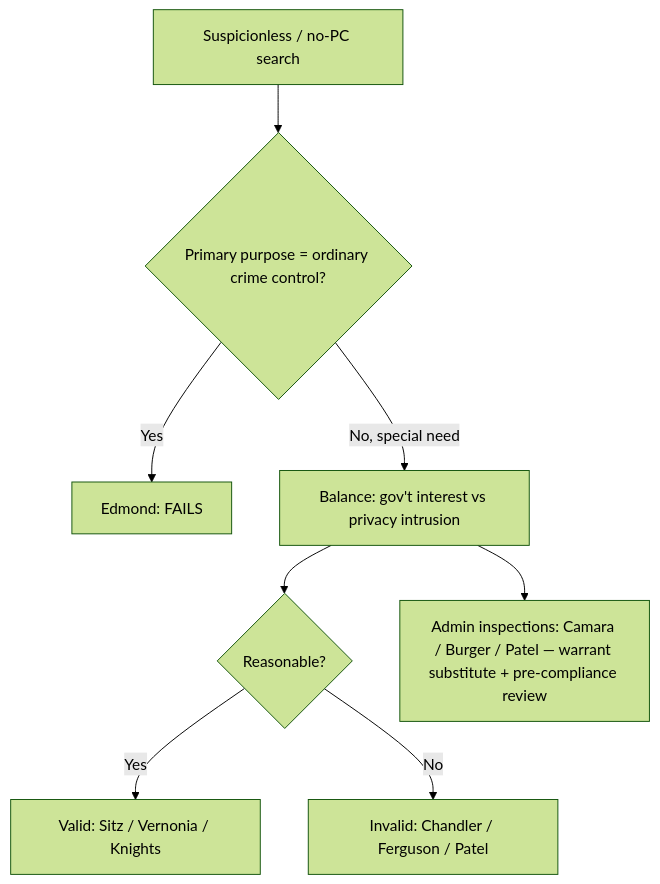
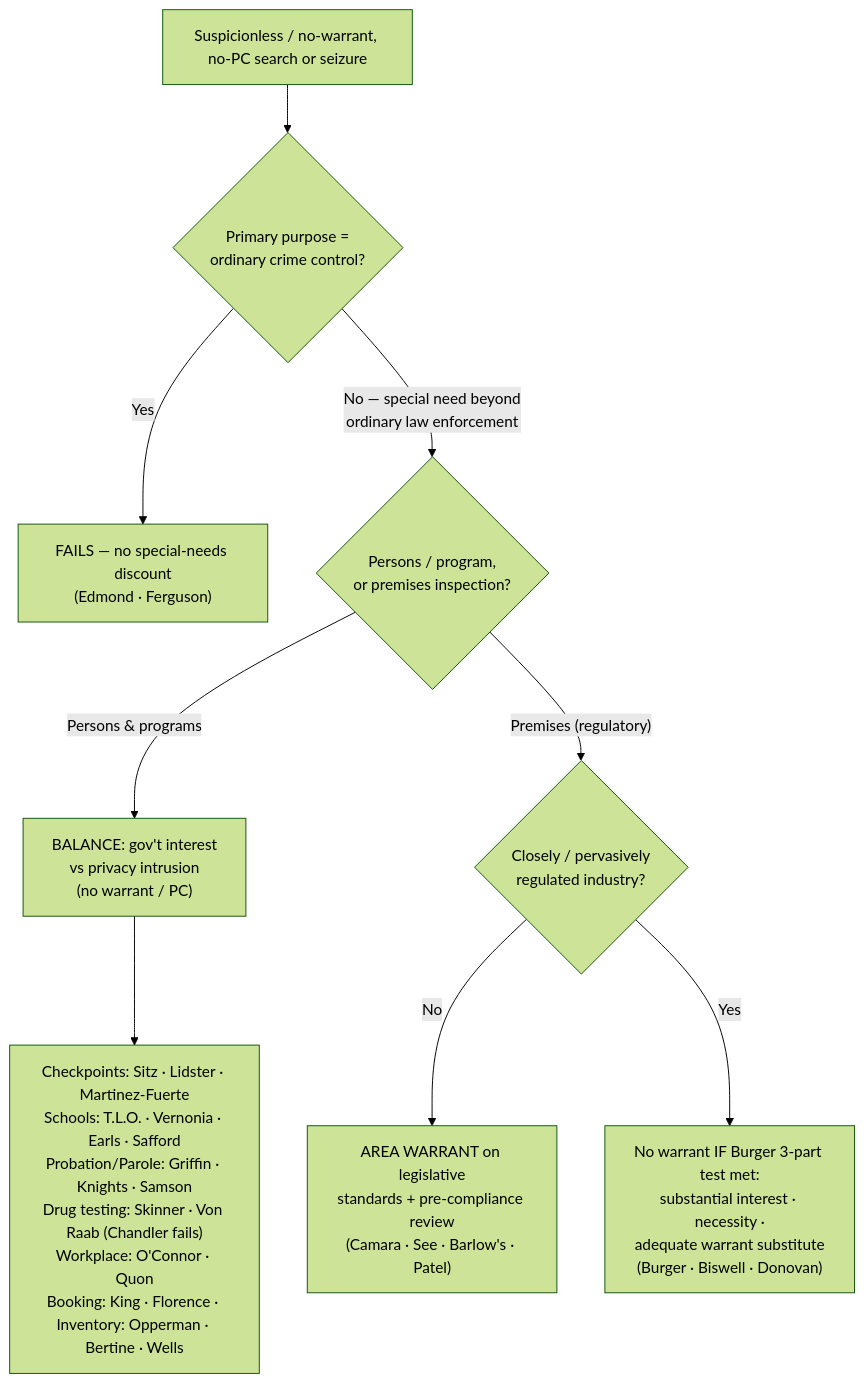
Before and after one commit to Enragedsaturday/cssi: the diagram in content/7-exceptions-warrant/7b-pc-not-needed/Special Needs and Administrative Searches.md, drawn with Mermaid (forest theme). The commit also changed other lines of this file and 5 other files, not shown here.

````diff
--- a/content/7-exceptions-warrant/7b-pc-not-needed/Special Needs and Administrative Searches.md
+++ b/content/7-exceptions-warrant/7b-pc-not-needed/Special Needs and Administrative Searches.md
@@ -92,10 +119,11 @@
 ```mermaid
 flowchart TD
-    A[Suspicionless / no-PC search] --> B{Primary purpose = ordinary crime control?}
-    B -- Yes --> X[Edmond: FAILS]
-    B -- No, special need --> C[Balance: gov't interest vs privacy intrusion]
-    C --> D{Reasonable?}
-    D -- Yes --> E[Valid: Sitz / Vernonia / Knights]
-    C --> G[Admin inspections: Camara / Burger / Patel — warrant substitute + pre-compliance review]
-    D -- No --> F[Invalid: Chandler / Ferguson / Patel]
+  A["Suspicionless / no-warrant, no-PC search or seizure"] --> B{"Primary purpose =<br/>ordinary crime control?"}
+  B -->|Yes| X["FAILS — no special-needs discount<br/>(Edmond · Ferguson)"]
+  B -->|"No — special need beyond<br/>ordinary law enforcement"| C{"Persons / program,<br/>or premises inspection?"}
+  C -->|"Persons & programs"| D["BALANCE: gov't interest<br/>vs privacy intrusion<br/>(no warrant / PC)"]
+  C -->|"Premises (regulatory)"| E{"Closely / pervasively<br/>regulated industry?"}
+  E -->|No| F["AREA WARRANT on legislative<br/>standards + pre-compliance review<br/>(Camara · See · Barlow's · Patel)"]
+  E -->|Yes| G["No warrant IF Burger 3-part test met:<br/>substantial interest · necessity ·<br/>adequate warrant substitute<br/>(Burger · Biswell · Donovan)"]
+  D --> H["Checkpoints: Sitz · Lidster · Martinez-Fuerte<br/>Schools: T.L.O. · Vernonia · Earls · Safford<br/>Probation/Parole: Griffin · Knights · Samson<br/>Drug testing: Skinner · Von Raab (Chandler fails)<br/>Workplace: O'Connor · Quon<br/>Booking: King · Florence · Inventory: Opperman · Bertine · Wells"]
 ```
````
